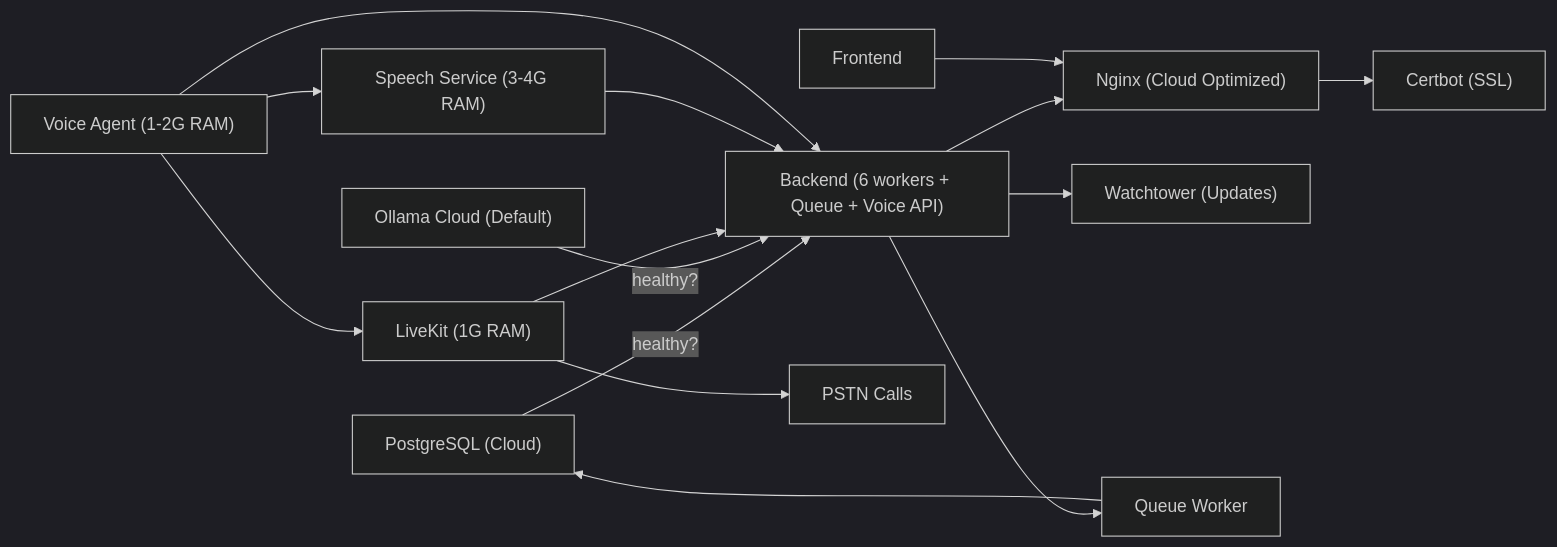
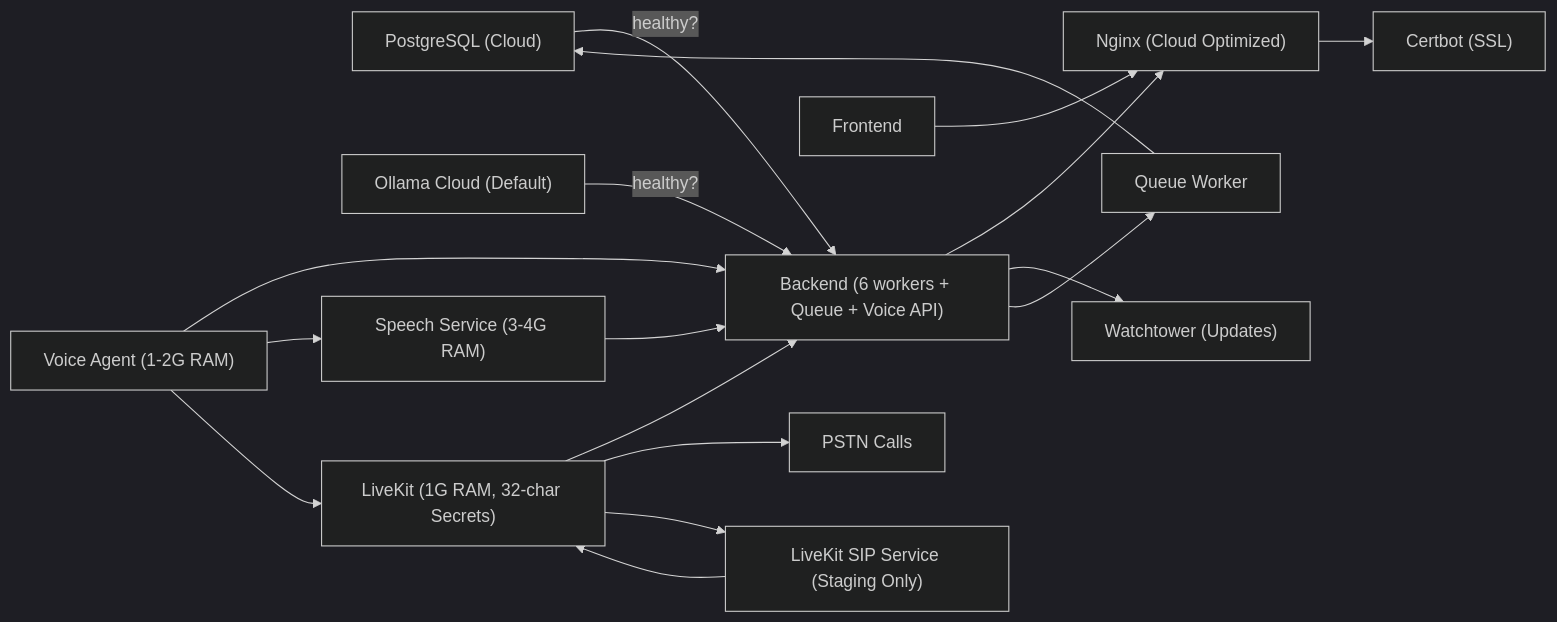
The sixth of 16 diagrams in .qoder/repowiki/en/content/Deployment & DevOps/Deployment & DevOps.md (Revanththetalogics/aireume), drawn with Mermaid (dark theme) before and after one commit. The commit also changed other lines of this file and 118 other files, not shown here.

````diff
--- a/.qoder/repowiki/en/content/Deployment & DevOps/Deployment & DevOps.md
+++ b/.qoder/repowiki/en/content/Deployment & DevOps/Deployment & DevOps.md
@@ -436,17 +461,19 @@
 ```mermaid
 graph LR
 Postgres["PostgreSQL (Cloud)"] -- "healthy?" --> Backend["Backend (6 workers + Queue + Voice API)"]
 OllamaCloud["Ollama Cloud (Default)"] -- "healthy?" --> Backend
 Backend --> Nginx["Nginx (Cloud Optimized)"]
 Frontend["Frontend"] --> Nginx
 Nginx --> Certbot["Certbot (SSL)"]
 Backend --> Watchtower["Watchtower (Updates)"]
 Backend --> QueueWorker["Queue Worker"]
-LiveKit["LiveKit (1G RAM)"] --> Backend
+LiveKit["LiveKit (1G RAM, 32-char Secrets)"] --> Backend
+LiveKitSIP["LiveKit SIP Service (Staging Only)"] --> LiveKit
 SpeechService["Speech Service (3-4G RAM)"] --> Backend
 VoiceAgent["Voice Agent (1-2G RAM)"] --> Backend
 QueueWorker --> Postgres
 LiveKit --> PSTN["PSTN Calls"]
 VoiceAgent --> SpeechService
 VoiceAgent --> LiveKit
+LiveKit --> LiveKitSIP
 ```
````
